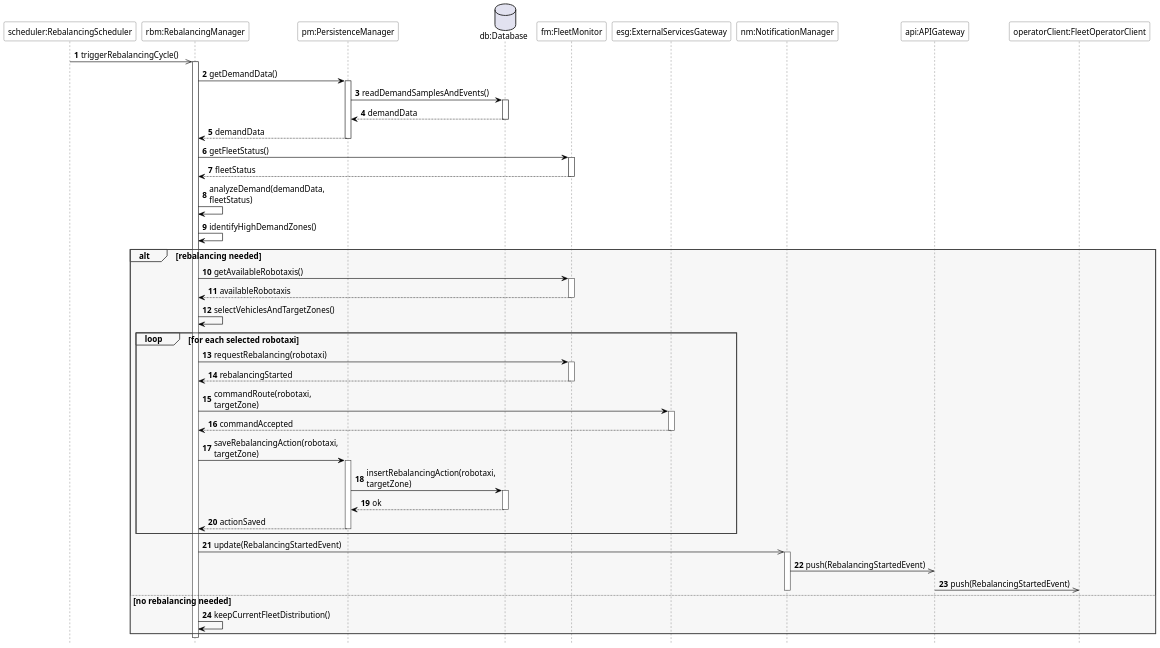
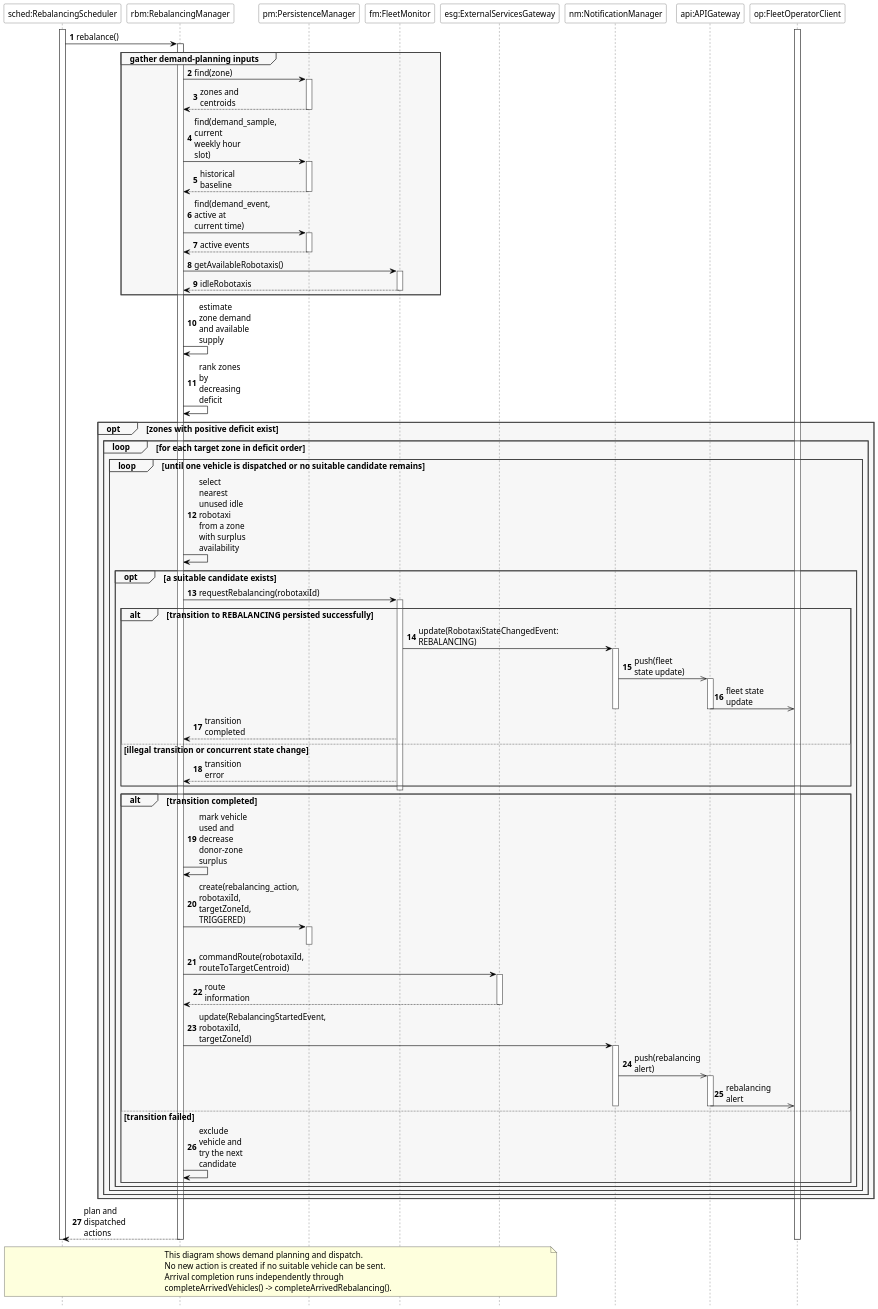
The diagram in DD/diagrams/sequence_diagrams/seq_rebalancing.puml (meggie-0/SE4A_ROAd_MargheritaBertipaglia_DavidCazzaniga_PasqualeIgnarra_Project), drawn with PlantUML before and after one commit. The commit also changed 45 other files, not shown here.

```diff
--- a/DD/diagrams/sequence_diagrams/seq_rebalancing.puml
+++ b/DD/diagrams/sequence_diagrams/seq_rebalancing.puml
@@ -1,113 +1,146 @@
 @startuml
 
 skinparam backgroundColor white
 skinparam shadowing false
 skinparam defaultFontName Arial
 skinparam defaultFontSize 14
 skinparam dpi 150
 skinparam maxMessageSize 90
 
 skinparam sequence {
     ArrowColor black
     LifeLineBorderColor #444444
     LifeLineBackgroundColor white
     ParticipantBorderColor #444444
     ParticipantBackgroundColor white
     ParticipantFontColor black
     GroupBorderColor #444444
     GroupBackgroundColor #F7F7F7
     DividerBorderColor #444444
     DividerBackgroundColor #F2F2F2
 }
 
 <style>
 sequenceDiagram {
-  participant { Padding 20 }
+  participant {
+    Padding 20
+  }
   group {
     Padding 10
     BackgroundColor #F7F7F7
     LineColor #444444
   }
   lifeLine {
     LineColor #444444
     BackgroundColor white
   }
-  arrow { LineColor black }
+  arrow {
+    LineColor black
+  }
 }
 </style>
 
 hide footbox
 autonumber
 
-participant "scheduler:RebalancingScheduler" as S
+' Component-level view: arguments and returned DTOs are abbreviated.
+' PersistenceManager includes database access; its internal SQL is omitted.
+' Internal helper work is grouped under the component that owns it.
+' Calls to update(event) include subject notification where applicable.
+' WebSocket delivery uses the sessions registered by the API Gateway.
+
+participant "sched:RebalancingScheduler" as S
 participant "rbm:RebalancingManager" as RBM
 participant "pm:PersistenceManager" as PM
-database "db:Database" as DB
 participant "fm:FleetMonitor" as FM
 participant "esg:ExternalServicesGateway" as ESG
 participant "nm:NotificationManager" as NM
 participant "api:APIGateway" as API
-participant "operatorClient:FleetOperatorClient" as OP
+participant "op:FleetOperatorClient" as OP
 
-S ->> RBM : triggerRebalancingCycle()
+activate OP
+activate S
+S -> RBM : rebalance()
 activate RBM
 
-RBM -> PM : getDemandData()
-activate PM
-PM -> DB : readDemandSamplesAndEvents()
-activate DB
-DB --> PM : demandData
-deactivate DB
-PM --> RBM : demandData
-deactivate PM
-
-RBM -> FM : getFleetStatus()
-activate FM
-FM --> RBM : fleetStatus
-deactivate FM
-
-RBM -> RBM : analyzeDemand(demandData, fleetStatus)
-RBM -> RBM : identifyHighDemandZones()
-
-alt rebalancing needed
+group gather demand-planning inputs
+    RBM -> PM : find(zone)
+    activate PM
+    PM --> RBM : zones and centroids
+    deactivate PM
+    RBM -> PM : find(demand_sample, current weekly hour slot)
+    activate PM
+    PM --> RBM : historical baseline
+    deactivate PM
+    RBM -> PM : find(demand_event, active at current time)
+    activate PM
+    PM --> RBM : active events
+    deactivate PM
     RBM -> FM : getAvailableRobotaxis()
     activate FM
-    FM --> RBM : availableRobotaxis
+    FM --> RBM : idleRobotaxis
     deactivate FM
-
-    RBM -> RBM : selectVehiclesAndTargetZones()
-
-    loop for each selected robotaxi
-        RBM -> FM : requestRebalancing(robotaxi)
-        activate FM
-        FM --> RBM : rebalancingStarted
-        deactivate FM
-
-        RBM -> ESG : commandRoute(robotaxi, targetZone)
-        activate ESG
-        ESG --> RBM : commandAccepted
-        deactivate ESG
-
-        RBM -> PM : saveRebalancingAction(robotaxi, targetZone)
-        activate PM
-        PM -> DB : insertRebalancingAction(robotaxi, targetZone)
-        activate DB
-        DB --> PM : ok
-        deactivate DB
-        PM --> RBM : actionSaved
-        deactivate PM
-    end
-
-    RBM ->> NM : update(RebalancingStartedEvent)
-    activate NM
-    NM ->> API : push(RebalancingStartedEvent)
-    API ->> OP : push(RebalancingStartedEvent)
-    deactivate NM
-
-else no rebalancing needed
-    RBM -> RBM : keepCurrentFleetDistribution()
 end
 
+RBM -> RBM : estimate zone demand and available supply
+RBM -> RBM : rank zones by decreasing deficit
+
+opt zones with positive deficit exist
+    loop for each target zone in deficit order
+        loop until one vehicle is dispatched or no suitable candidate remains
+            RBM -> RBM : select nearest unused idle robotaxi\nfrom a zone with surplus availability
+            opt a suitable candidate exists
+                RBM -> FM : requestRebalancing(robotaxiId)
+                activate FM
+                alt transition to REBALANCING persisted successfully
+                    FM -> NM : update(RobotaxiStateChangedEvent: REBALANCING)
+                    activate NM
+                    NM ->> API : push(fleet state update)
+                    activate API
+                    API ->> OP : fleet state update
+                    deactivate API
+                    deactivate NM
+                    FM --> RBM : transition completed
+                else illegal transition or concurrent state change
+                    FM --> RBM : transition error
+                end
+                deactivate FM
+
+                alt transition completed
+                    RBM -> RBM : mark vehicle used and decrease donor-zone surplus
+                    RBM -> PM : create(rebalancing_action,\nrobotaxiId, targetZoneId, TRIGGERED)
+                    activate PM
+                    deactivate PM
+                    RBM -> ESG : commandRoute(robotaxiId, routeToTargetCentroid)
+                    activate ESG
+                    ESG --> RBM : route information
+                    deactivate ESG
+                    RBM -> NM : update(RebalancingStartedEvent, robotaxiId, targetZoneId)
+                    activate NM
+                    NM ->> API : push(rebalancing alert)
+                    activate API
+                    API ->> OP : rebalancing alert
+                    deactivate API
+                    deactivate NM
+                else transition failed
+                    RBM -> RBM : exclude vehicle and try the next candidate
+                end
+            end
+        end
+    end
+end
+
+RBM --> S : plan and dispatched actions
 deactivate RBM
+deactivate S
+
+note over S, ESG
+    This diagram shows demand planning and dispatch.
+    No new action is created if no suitable vehicle can be sent.
+    Arrival completion runs independently through
+    completeArrivedVehicles() -> completeArrivedRebalancing().
+end note
+
+deactivate OP
 
 @enduml
```
